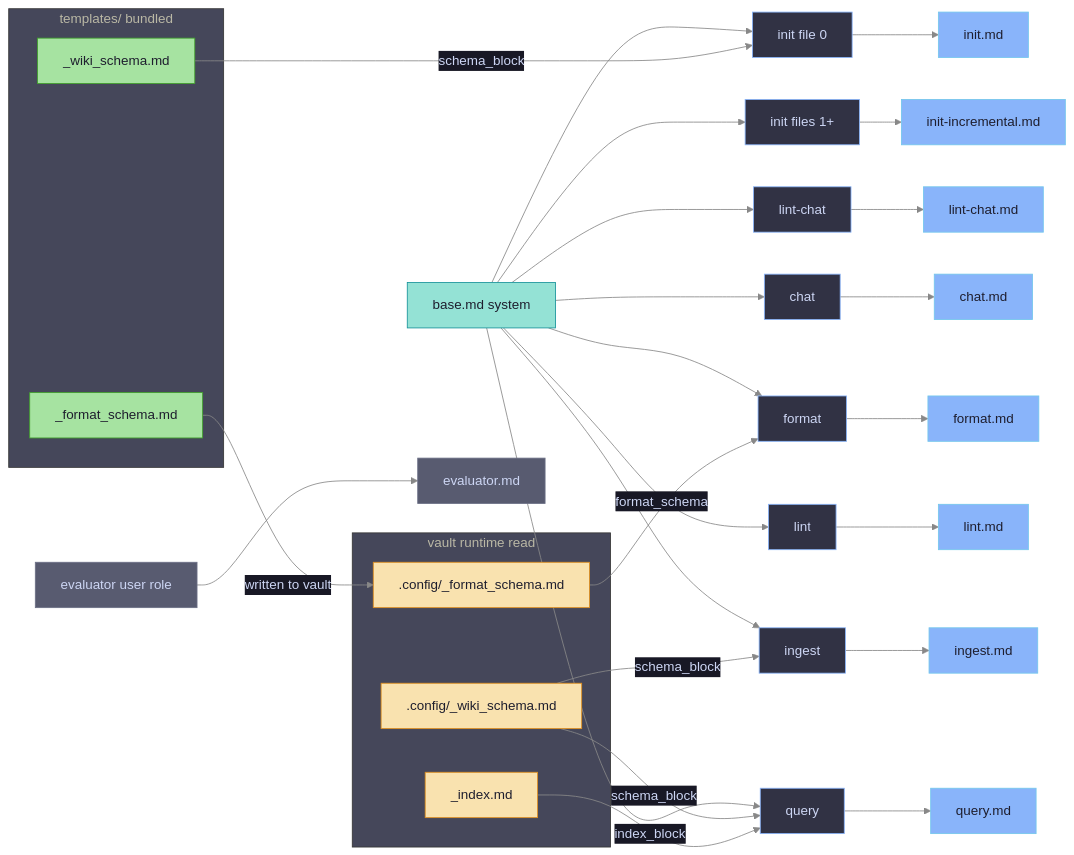
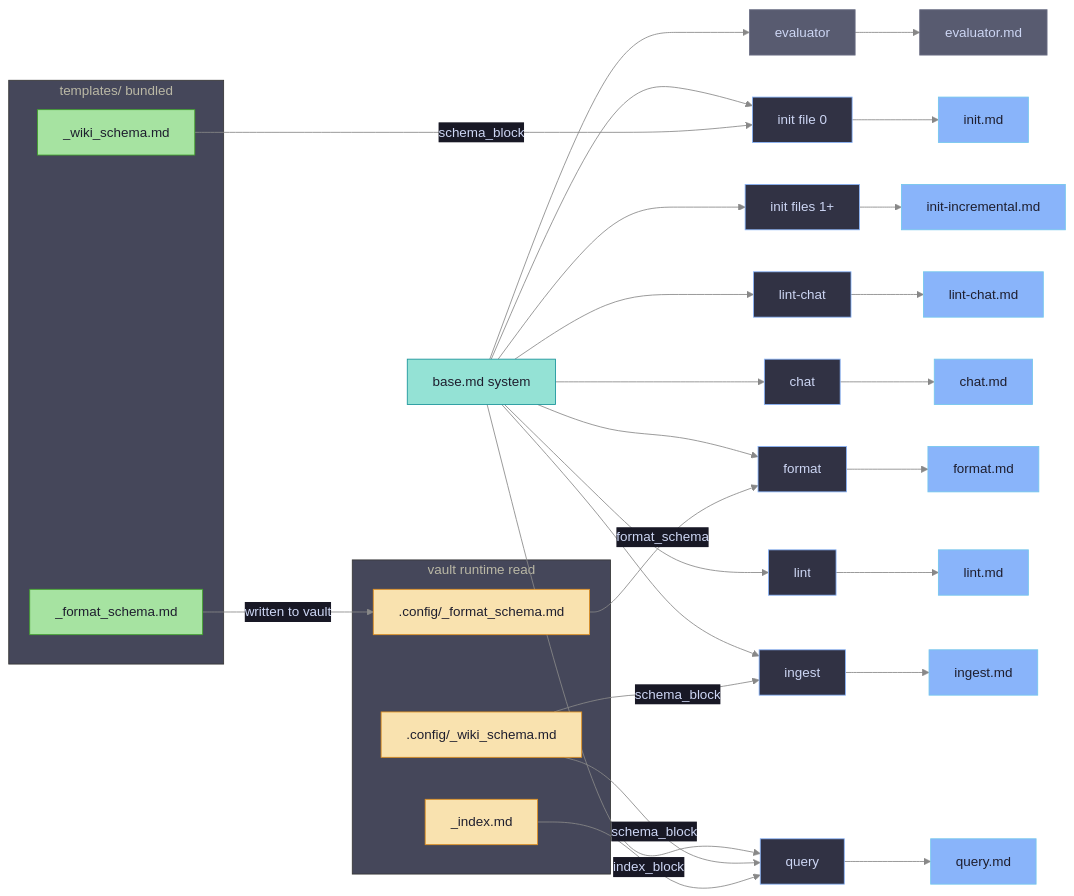
One commit to ikeniborn/obsidian-ai-wiki changed the third of 5 diagrams in docs/prompt-architecture.md. Above: the diagram before and after it, drawn with Mermaid. The commit also changed other lines of this file and 22 other files, not shown here.

Commit message:
chore: update graph, wiki, and docs after UX cleanup

````diff
--- a/docs/prompt-architecture.md
+++ b/docs/prompt-architecture.md
@@ -108,55 +108,56 @@
 ```mermaid
 %%{init: {'theme': 'base', 'themeVariables': {'background': '#1e1e2e', 'primaryColor': '#313244', 'primaryTextColor': '#cdd6f4', 'primaryBorderColor': '#89b4fa', 'lineColor': '#888888', 'secondaryColor': '#181825', 'tertiaryColor': '#45475a'}}}%%
 flowchart LR
     subgraph tmpl["templates/ bundled"]
         WIKI_SCHEMA["_wiki_schema.md"]
         FMT_SCHEMA["_format_schema.md"]
     end
 
     subgraph vault["vault runtime read"]
         V_WIKI[".config/_wiki_schema.md"]
         V_FMT[".config/_format_schema.md"]
         V_IDX["_index.md"]
     end
 
     BASE["base.md system"]
 
     BASE --> PI2
     BASE --> PQ2
     BASE --> PL2
     BASE --> PC2
     BASE --> PLC2
     BASE --> PIN2a
     BASE --> PIN2b
     BASE --> PF2
+    BASE --> PE2
 
     PI2["ingest"] --> INGEST["ingest.md"]
     PQ2["query"] --> QUERY["query.md"]
     PL2["lint"] --> LINT["lint.md"]
     PC2["chat"] --> CHAT["chat.md"]
     PLC2["lint-chat"] --> LINTCHAT["lint-chat.md"]
     PIN2a["init file 0"] --> INIT["init.md"]
     PIN2b["init files 1+"] --> INITINC["init-incremental.md"]
     PF2["format"] --> FORMAT["format.md"]
 
-    PE2["evaluator user role"] --> EVAL["evaluator.md"]
+    PE2["evaluator"] --> EVAL["evaluator.md"]
 
     V_WIKI -->|schema_block| PI2
     V_WIKI -->|schema_block| PQ2
     V_IDX  -->|index_block| PQ2
     V_FMT  -->|format_schema| PF2
 
     WIKI_SCHEMA -->|schema_block| PIN2a
     FMT_SCHEMA  -->|"written to vault"| V_FMT
 
     classDef prompt  fill:#89b4fa,color:#1e1e2e,stroke:#74c7ec
     classDef tmplcls fill:#a6e3a1,color:#1e1e2e,stroke:#40a02b
     classDef vaultcls fill:#f9e2af,color:#1e1e2e,stroke:#df8e1d
     classDef base    fill:#94e2d5,color:#1e1e2e,stroke:#179299
     classDef dev     fill:#585b70,color:#cdd6f4,stroke:#6c7086
     class INGEST,QUERY,LINT,CHAT,LINTCHAT,INIT,INITINC,FORMAT prompt
     class WIKI_SCHEMA,FMT_SCHEMA tmplcls
     class V_WIKI,V_FMT,V_IDX vaultcls
     class BASE base
     class PE2,EVAL dev
 ```
````
